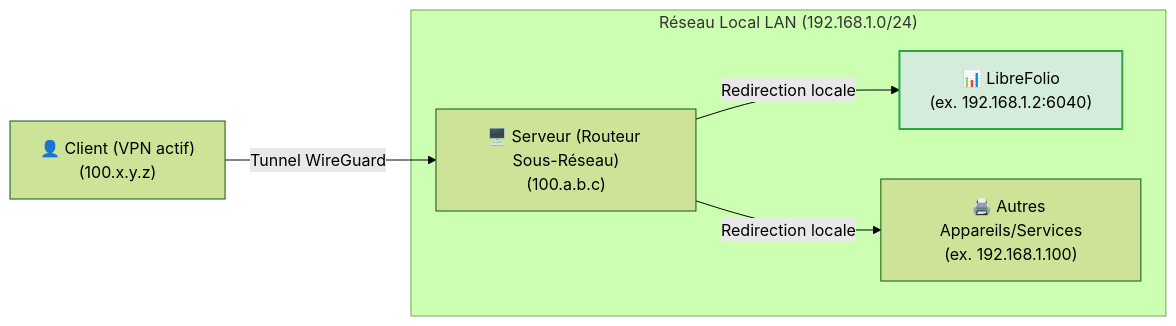
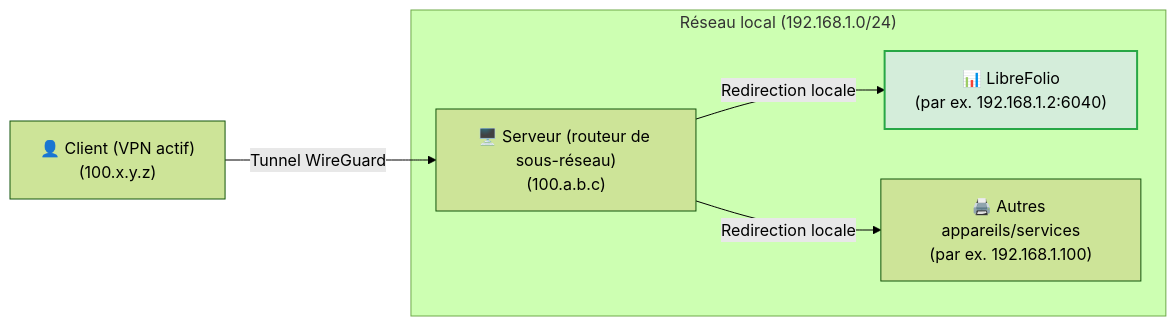
The third of 5 diagrams in mkdocs_src/docs/admin/service_exposure.fr.md (Librefolio/LibreFolio), drawn with Mermaid (forest theme) before and after one commit. The commit also changed other lines of this file and 430 other files, not shown here.

````diff
--- a/mkdocs_src/docs/admin/service_exposure.fr.md
+++ b/mkdocs_src/docs/admin/service_exposure.fr.md
@@ -139,9 +134,9 @@
 ```mermaid
 graph LR
- Client["👤 Client (VPN actif)<br>(100.x.y.z)"] -->|Tunnel WireGuard| Server["🖥️ Serveur (Routeur Sous-Réseau)<br>(100.a.b.c)"]
- subgraph LAN ["Réseau Local LAN (192.168.1.0/24)"]
- Server -->|Redirection locale| LibreFolio["📊 LibreFolio<br>(ex. 192.168.1.2:6040)"]
- Server -->|Redirection locale| OtherDevice["🖨️ Autres Appareils/Services<br>(ex. 192.168.1.100)"]
- end
- style LibreFolio fill:#d4edda,stroke:#28a745,stroke-width:2px;
+    Client["👤 Client (VPN actif)<br>(100.x.y.z)"] -->|Tunnel WireGuard| Server["🖥️ Serveur (routeur de sous-réseau)<br>(100.a.b.c)"]
+    subgraph LAN ["Réseau local (192.168.1.0/24)"]
+        Server -->|Redirection locale| LibreFolio["📊 LibreFolio<br>(par ex. 192.168.1.2:6040)"]
+        Server -->|Redirection locale| OtherDevice["🖨️ Autres appareils/services<br>(par ex. 192.168.1.100)"]
+    end
+    style LibreFolio fill:#d4edda,stroke:#28a745,stroke-width:2px;
 ```
````
